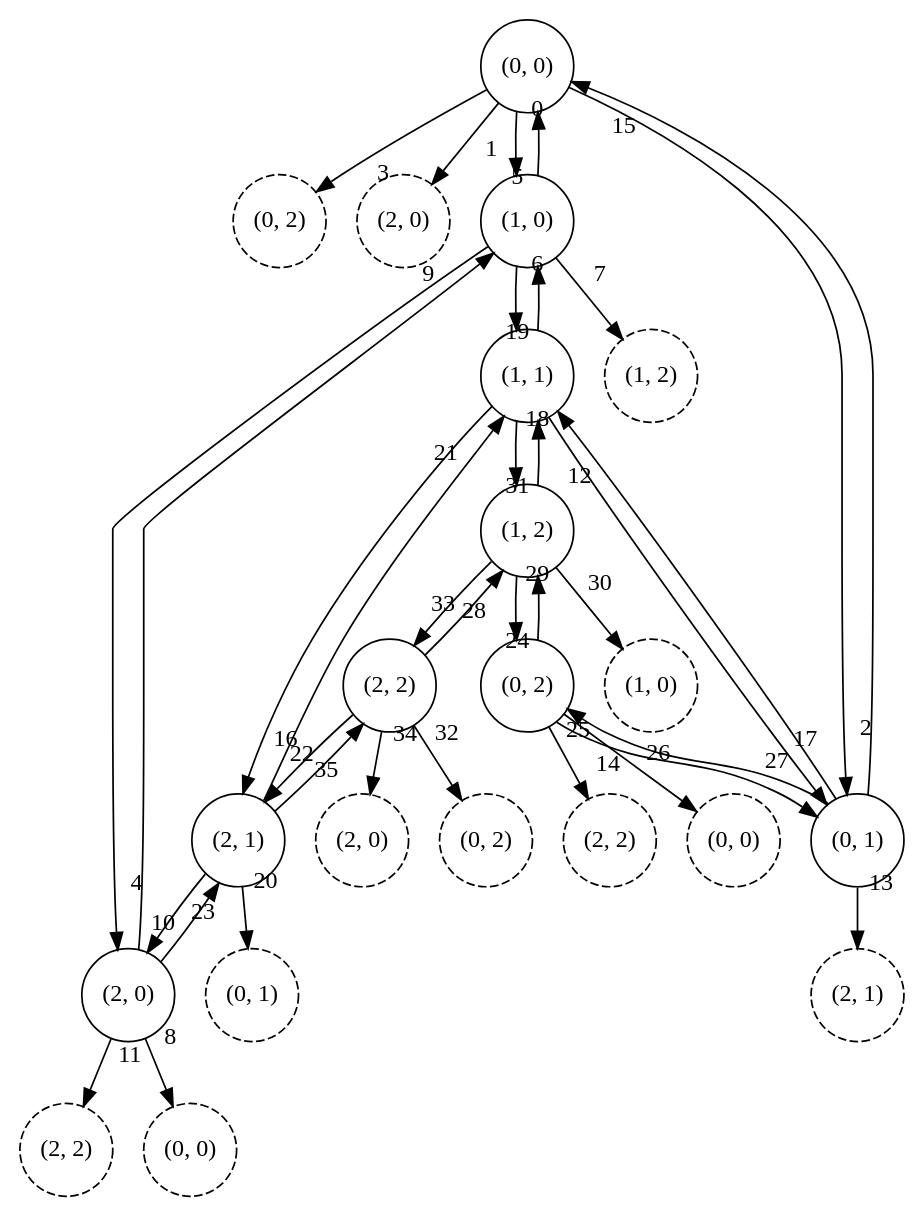
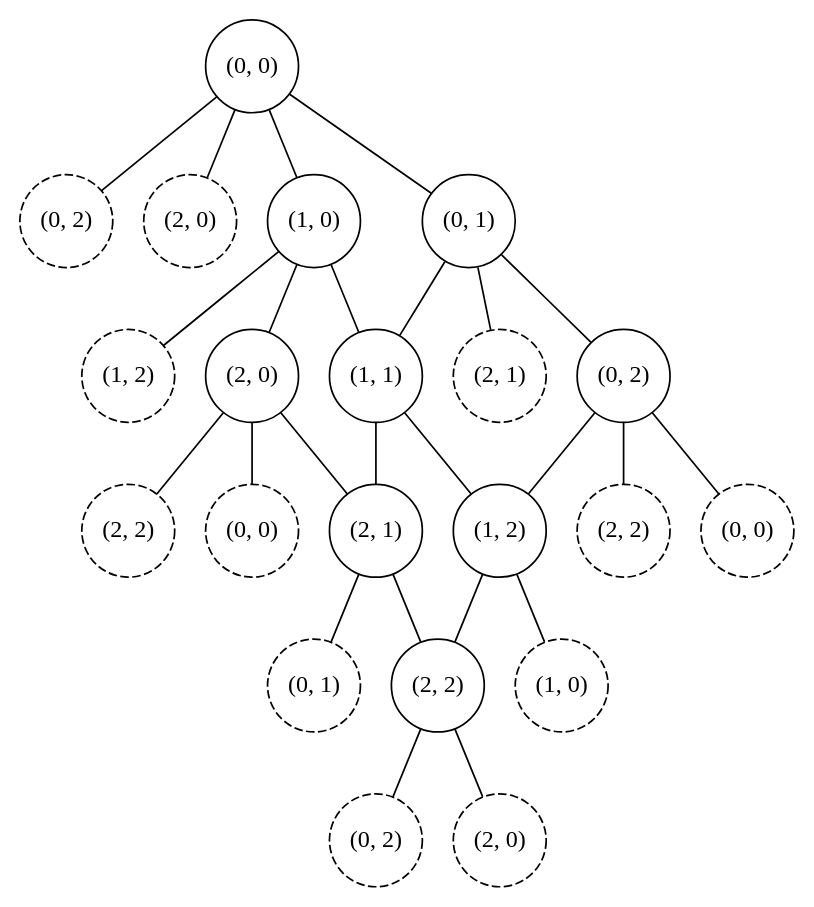
Before and after one commit to hiperwalk/hiperwalk: the diagram in docs/graphviz/grid/periodic-natural.dot, drawn with Graphviz. The commit also changed 14 other files, not shown here.

```diff
--- a/docs/graphviz/grid/periodic-natural.dot
+++ b/docs/graphviz/grid/periodic-natural.dot
@@ -1,60 +1,48 @@
-digraph {
+graph {
 	"(0, -1)" [pos="0.0,-1.75!" width=0.75 height=0.75 fixedsize=True style="dashed" label="(0, 2)"]
 	"(1, -1)" [pos="1.75,-1.75!" width=0.75 height=0.75 fixedsize=True style="dashed" label="(1, 2)"]
 	"(2, -1)" [pos="3.5,-1.75!" width=0.75 height=0.75 fixedsize=True style="dashed" label="(2, 2)"]
 	"(-1, 0)" [pos="-1.75,0.0!" width=0.75 height=0.75 fixedsize=True style="dashed" label="(2, 0)"]
 	"(0, 0)" [pos="0.0,0.0!" width=0.75 height=0.75 fixedsize=True]
 	"(1, 0)" [pos="1.75,0.0!" width=0.75 height=0.75 fixedsize=True]
 	"(2, 0)" [pos="3.5,0.0!" width=0.75 height=0.75 fixedsize=True]
 	"(3, 0)" [pos="5.25,0.0!" width=0.75 height=0.75 fixedsize=True style="dashed" label="(0, 0)"]
 	"(-1, 1)" [pos="-1.75,1.75!" width=0.75 height=0.75 fixedsize=True style="dashed" label="(2, 1)"]
 	"(0, 1)" [pos="0.0,1.75!" width=0.75 height=0.75 fixedsize=True]
 	"(1, 1)" [pos="1.75,1.75!" width=0.75 height=0.75 fixedsize=True]
 	"(2, 1)" [pos="3.5,1.75!" width=0.75 height=0.75 fixedsize=True]
 	"(3, 1)" [pos="5.25,1.75!" width=0.75 height=0.75 fixedsize=True style="dashed" label="(0, 1)"]
 	"(-1, 2)" [pos="-1.75,3.5!" width=0.75 height=0.75 fixedsize=True style="dashed" label="(2, 2)"]
 	"(0, 2)" [pos="0.0,3.5!" width=0.75 height=0.75 fixedsize=True]
 	"(1, 2)" [pos="1.75,3.5!" width=0.75 height=0.75 fixedsize=True]
 	"(2, 2)" [pos="3.5,3.5!" width=0.75 height=0.75 fixedsize=True]
 	"(3, 2)" [pos="5.25,3.5!" width=0.75 height=0.75 fixedsize=True style="dashed" label="(0, 2)"]
 	"(0, 3)" [pos="0.0,5.25!" width=0.75 height=0.75 fixedsize=True style="dashed" label="(0, 0)"]
 	"(1, 3)" [pos="1.75,5.25!" width=0.75 height=0.75 fixedsize=True style="dashed" label="(1, 0)"]
 	"(2, 3)" [pos="3.5,5.25!" width=0.75 height=0.75 fixedsize=True style="dashed" label="(2, 0)"]
 
-	 "(0, 0)" -> "(1, 0)"[headlabel=0 labeldistance=4 labelangle=-20];
-	 "(0, 0)" -> "(-1, 0)"[headlabel=1 labeldistance=4 labelangle=-20];
-	 "(0, 0)" -> "(0, 1)"[headlabel=2 labeldistance=4 labelangle=-20];
-	 "(0, 0)" -> "(0, -1)"[headlabel=3 labeldistance=4 labelangle=-20];
-	 "(1, 0)" -> "(2, 0)"[headlabel=4 labeldistance=4 labelangle=-20];
-	 "(1, 0)" -> "(0, 0)"[headlabel=5 labeldistance=4 labelangle=-20];
-	 "(1, 0)" -> "(1, 1)"[headlabel=6 labeldistance=4 labelangle=-20];
-	 "(1, 0)" -> "(1, -1)"[headlabel=7 labeldistance=4 labelangle=-20];
-	 "(2, 0)" -> "(3, 0)"[headlabel=8 labeldistance=4 labelangle=-20];
-	 "(2, 0)" -> "(1, 0)"[headlabel=9 labeldistance=4 labelangle=-20];
-	 "(2, 0)" -> "(2, 1)"[headlabel=10 labeldistance=4 labelangle=-20];
-	 "(2, 0)" -> "(2, -1)"[headlabel=11 labeldistance=4 labelangle=-20];
-	 "(0, 1)" -> "(1, 1)"[headlabel=12 labeldistance=4 labelangle=-20];
-	 "(0, 1)" -> "(-1, 1)"[headlabel=13 labeldistance=4 labelangle=-20];
-	 "(0, 1)" -> "(0, 2)"[headlabel=14 labeldistance=4 labelangle=-20];
-	 "(0, 1)" -> "(0, 0)"[headlabel=15 labeldistance=4 labelangle=-20];
-	 "(1, 1)" -> "(2, 1)"[headlabel=16 labeldistance=4 labelangle=-20];
-	 "(1, 1)" -> "(0, 1)"[headlabel=17 labeldistance=4 labelangle=-20];
-	 "(1, 1)" -> "(1, 2)"[headlabel=18 labeldistance=4 labelangle=-20];
-	 "(1, 1)" -> "(1, 0)"[headlabel=19 labeldistance=4 labelangle=-20];
-	 "(2, 1)" -> "(3, 1)"[headlabel=20 labeldistance=4 labelangle=-20];
-	 "(2, 1)" -> "(1, 1)"[headlabel=21 labeldistance=4 labelangle=-20];
-	 "(2, 1)" -> "(2, 2)"[headlabel=22 labeldistance=4 labelangle=-20];
-	 "(2, 1)" -> "(2, 0)"[headlabel=23 labeldistance=4 labelangle=-20];
-	 "(0, 2)" -> "(1, 2)"[headlabel=24 labeldistance=4 labelangle=-20];
-	 "(0, 2)" -> "(-1, 2)"[headlabel=25 labeldistance=4 labelangle=-20];
-	 "(0, 2)" -> "(0, 3)"[headlabel=26 labeldistance=4 labelangle=-20];
-	 "(0, 2)" -> "(0, 1)"[headlabel=27 labeldistance=4 labelangle=-20];
-	 "(1, 2)" -> "(2, 2)"[headlabel=28 labeldistance=4 labelangle=-20];
-	 "(1, 2)" -> "(0, 2)"[headlabel=29 labeldistance=4 labelangle=-20];
-	 "(1, 2)" -> "(1, 3)"[headlabel=30 labeldistance=4 labelangle=-20];
-	 "(1, 2)" -> "(1, 1)"[headlabel=31 labeldistance=4 labelangle=-20];
-	 "(2, 2)" -> "(3, 2)"[headlabel=32 labeldistance=4 labelangle=-20];
-	 "(2, 2)" -> "(1, 2)"[headlabel=33 labeldistance=4 labelangle=-20];
-	 "(2, 2)" -> "(2, 3)"[headlabel=34 labeldistance=4 labelangle=-20];
-	 "(2, 2)" -> "(2, 1)"[headlabel=35 labeldistance=4 labelangle=-20];
+	 "(0, 0)" -- "(1, 0)";
+	 "(0, 0)" -- "(0, 1)";
+	 "(0, 0)" -- "(-1, 0)";
+	 "(0, 0)" -- "(0, -1)";
+	 "(1, 0)" -- "(2, 0)";
+	 "(1, 0)" -- "(1, 1)";
+	 "(1, 0)" -- "(1, -1)";
+	 "(2, 0)" -- "(3, 0)";
+	 "(2, 0)" -- "(2, 1)";
+	 "(2, 0)" -- "(2, -1)";
+	 "(0, 1)" -- "(1, 1)";
+	 "(0, 1)" -- "(0, 2)";
+	 "(0, 1)" -- "(-1, 1)";
+	 "(1, 1)" -- "(2, 1)";
+	 "(1, 1)" -- "(1, 2)";
+	 "(2, 1)" -- "(3, 1)";
+	 "(2, 1)" -- "(2, 2)";
+	 "(0, 2)" -- "(1, 2)";
+	 "(0, 2)" -- "(0, 3)";
+	 "(0, 2)" -- "(-1, 2)";
+	 "(1, 2)" -- "(2, 2)";
+	 "(1, 2)" -- "(1, 3)";
+	 "(2, 2)" -- "(3, 2)";
+	 "(2, 2)" -- "(2, 3)";
 }
```
